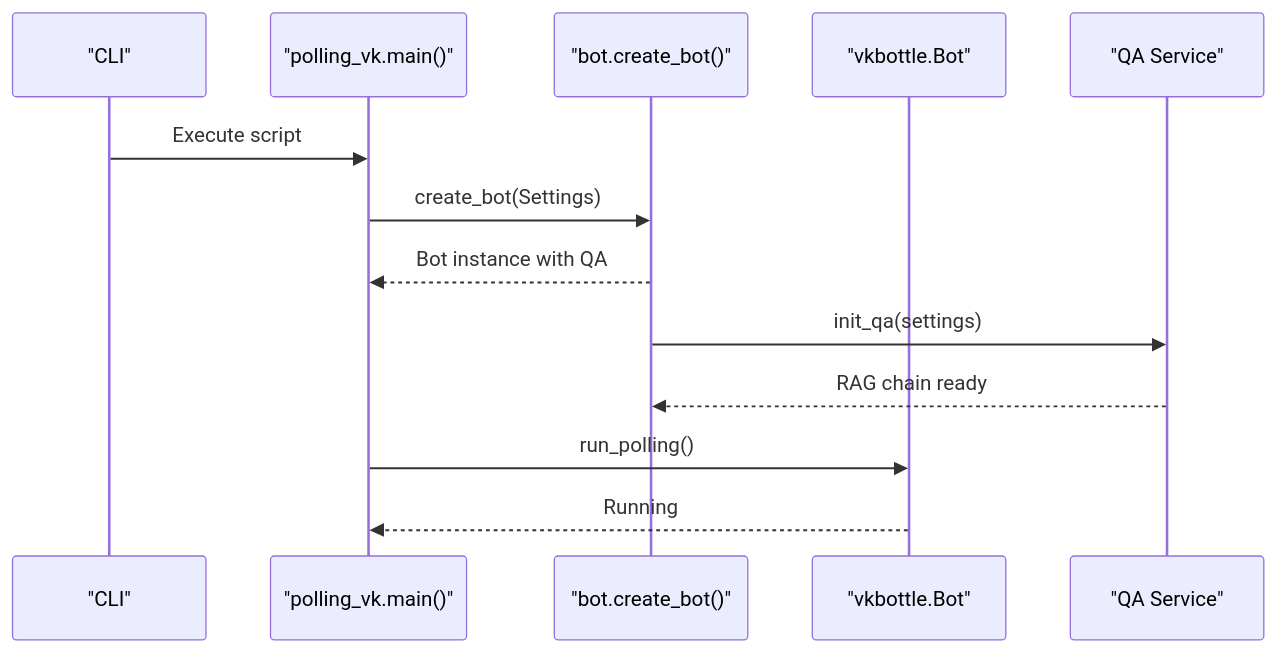
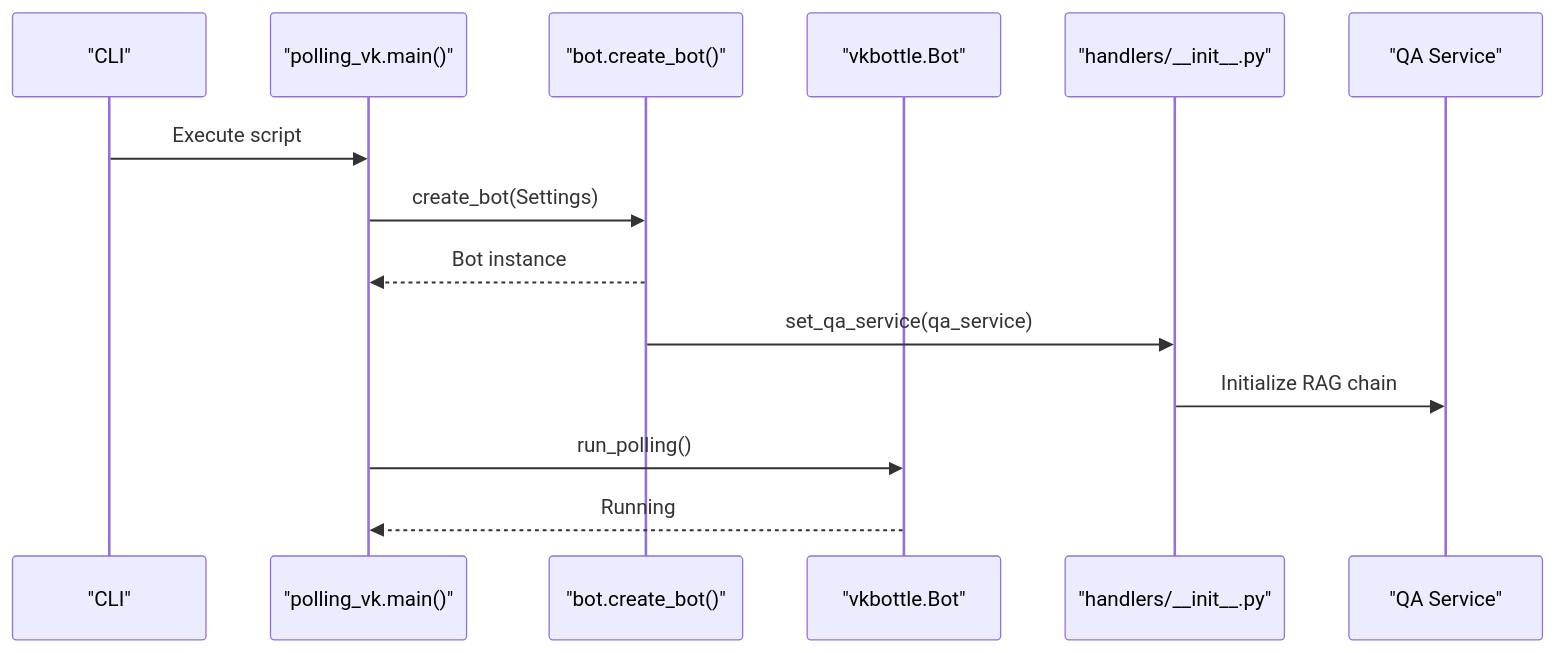
The tenth of 11 diagrams in .qoder/repowiki/en/content/VK Integration/VK Integration.md (ognelis/cafetera_hr_bot), drawn with Mermaid before and after one commit. The commit also changed other lines of this file and 29 other files, not shown here.

````diff
--- a/.qoder/repowiki/en/content/VK Integration/VK Integration.md
+++ b/.qoder/repowiki/en/content/VK Integration/VK Integration.md
@@ -418,15 +484,16 @@
 ```mermaid
 sequenceDiagram
 participant CLI as "CLI"
 participant Runner as "polling_vk.main()"
 participant Factory as "bot.create_bot()"
 participant Bot as "vkbottle.Bot"
+participant Utils as "handlers/__init__.py"
 participant QA as "QA Service"
 CLI->>Runner : Execute script
 Runner->>Factory : create_bot(Settings)
-Factory-->>Runner : Bot instance with QA
-Factory->>QA : init_qa(settings)
-QA-->>Factory : RAG chain ready
+Factory-->>Runner : Bot instance
+Factory->>Utils : set_qa_service(qa_service)
+Utils->>QA : Initialize RAG chain
 Runner->>Bot : run_polling()
 Bot-->>Runner : Running
 ```
````
